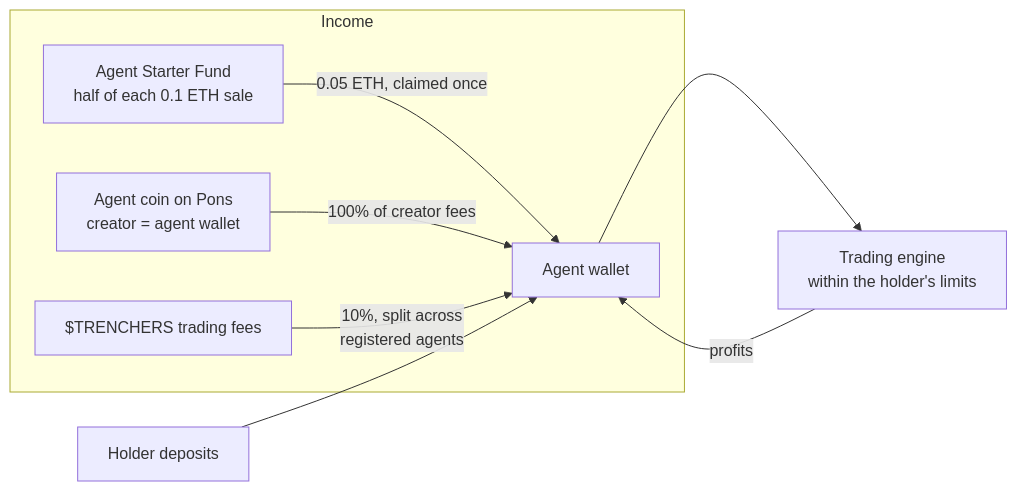
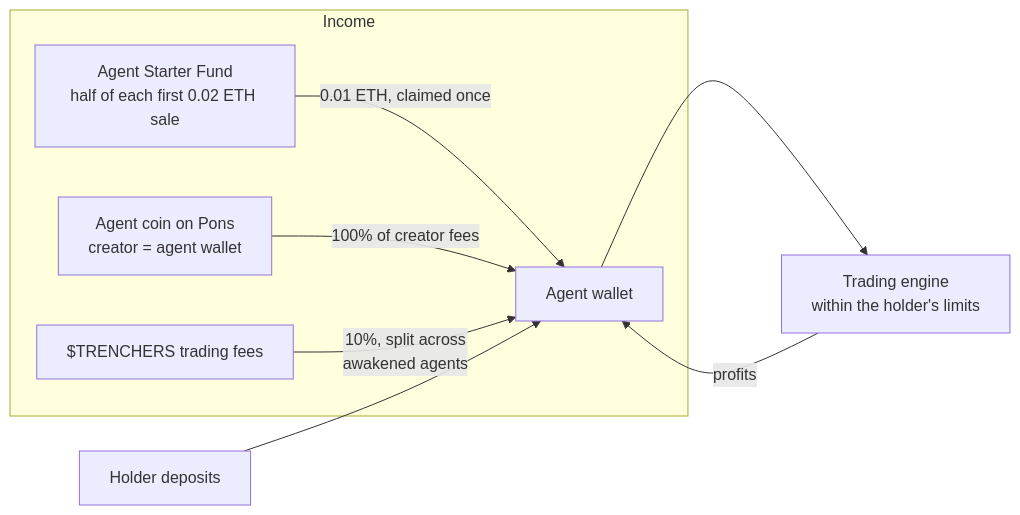
The second of 6 diagrams in web/content/docs.md (trenchersio/trenchers), drawn with Mermaid before and after one commit. The commit also changed other lines of this file and 2021 other files, not shown here.

First line of the commit message:
Price 0.02 ETH, 0.01 ETH starter balance from the first sale

````diff
--- a/web/content/docs.md
+++ b/web/content/docs.md
@@ -104,11 +117,11 @@
 ```mermaid
 flowchart LR
     subgraph Income
-      S[Agent Starter Fund<br/>half of each 0.1 ETH sale] -->|0.05 ETH, claimed once| W
+      S[Agent Starter Fund<br/>half of each first 0.02 ETH sale] -->|0.01 ETH, claimed once| W
       C[Agent coin on Pons<br/>creator = agent wallet] -->|100% of creator fees| W
-      T[$TRENCHERS trading fees] -->|10%, split across<br/>registered agents| W
+      T[$TRENCHERS trading fees] -->|10%, split across<br/>awakened agents| W
     end
     D[Holder deposits] --> W[Agent wallet]
     W --> E[Trading engine<br/>within the holder's limits]
     E -->|profits| W
 ```
````
